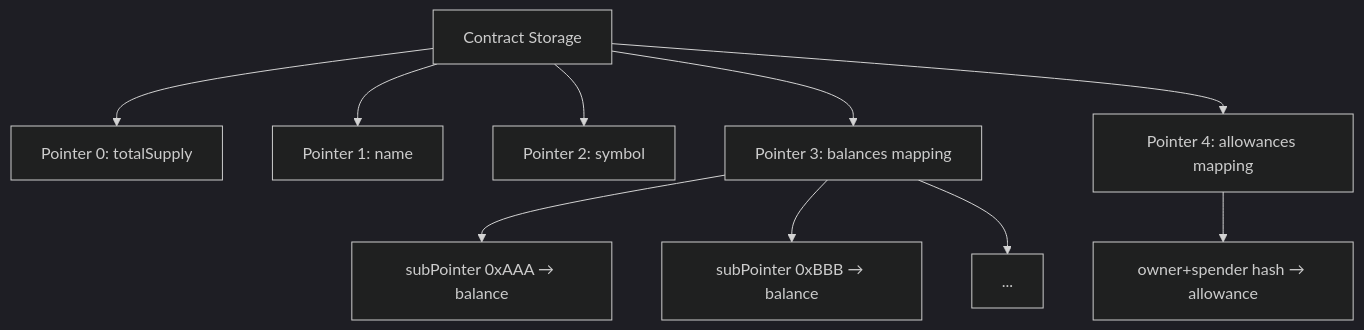
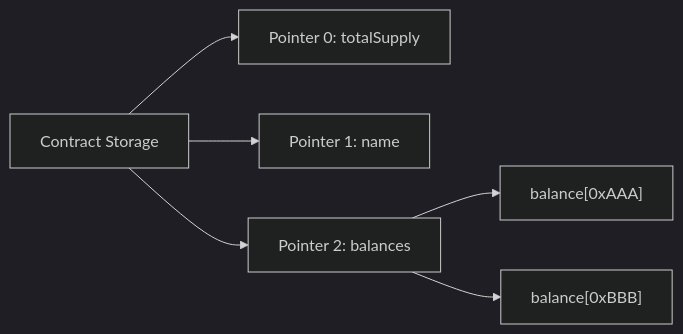
Before and after one commit to btc-vision/btc-runtime: the fourth of 6 diagrams in docs/core-concepts/storage-system.md, drawn with Mermaid. The commit also changed other lines of this file and 2 other files, not shown here.

First line of the commit message:
Simplify and update mermaid diagrams in docs

````diff
--- a/docs/core-concepts/storage-system.md
+++ b/docs/core-concepts/storage-system.md
@@ -190,18 +172,12 @@
 ```mermaid
 ---
 config:
   theme: dark
 ---
-flowchart TD
-    CS[Contract Storage] --> P0["Pointer 0: totalSupply"]
-    CS --> P1["Pointer 1: name"]
-    CS --> P2["Pointer 2: symbol"]
-    CS --> P3["Pointer 3: balances mapping"]
-    CS --> P4["Pointer 4: allowances mapping"]
-
-    P3 --> S1["subPointer 0xAAA → balance"]
-    P3 --> S2["subPointer 0xBBB → balance"]
-    P3 --> S3["..."]
-
-    P4 --> N1["owner+spender hash → allowance"]
+flowchart LR
+    Contract["Contract Storage"] --> P0["Pointer 0: totalSupply"]
+    Contract --> P1["Pointer 1: name"]
+    Contract --> P2["Pointer 2: balances"]
+    P2 --> B1["balance[0xAAA]"]
+    P2 --> B2["balance[0xBBB]"]
 ```
````
